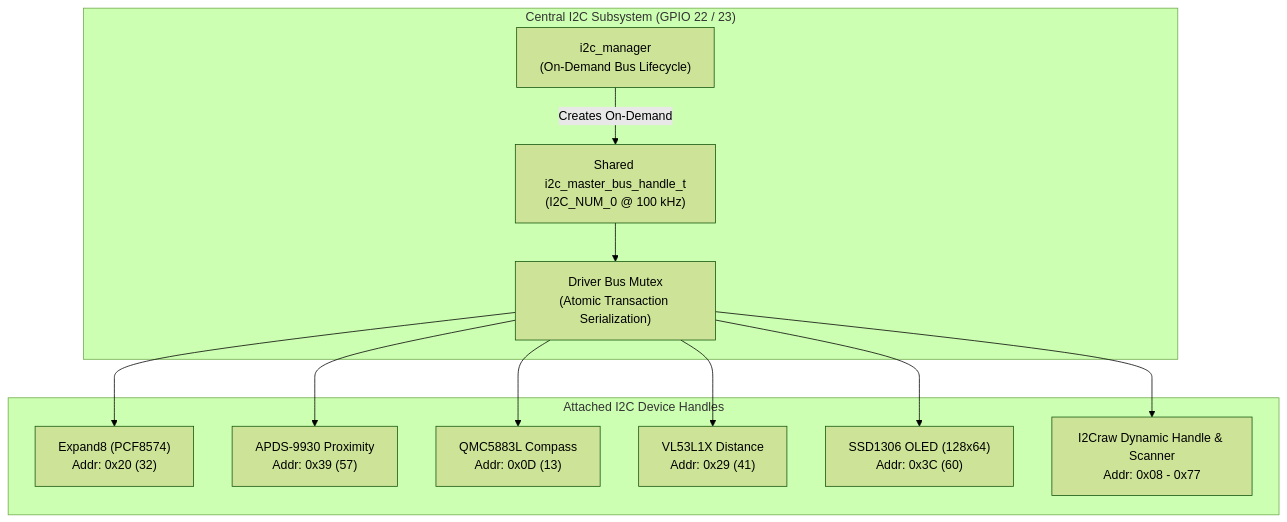
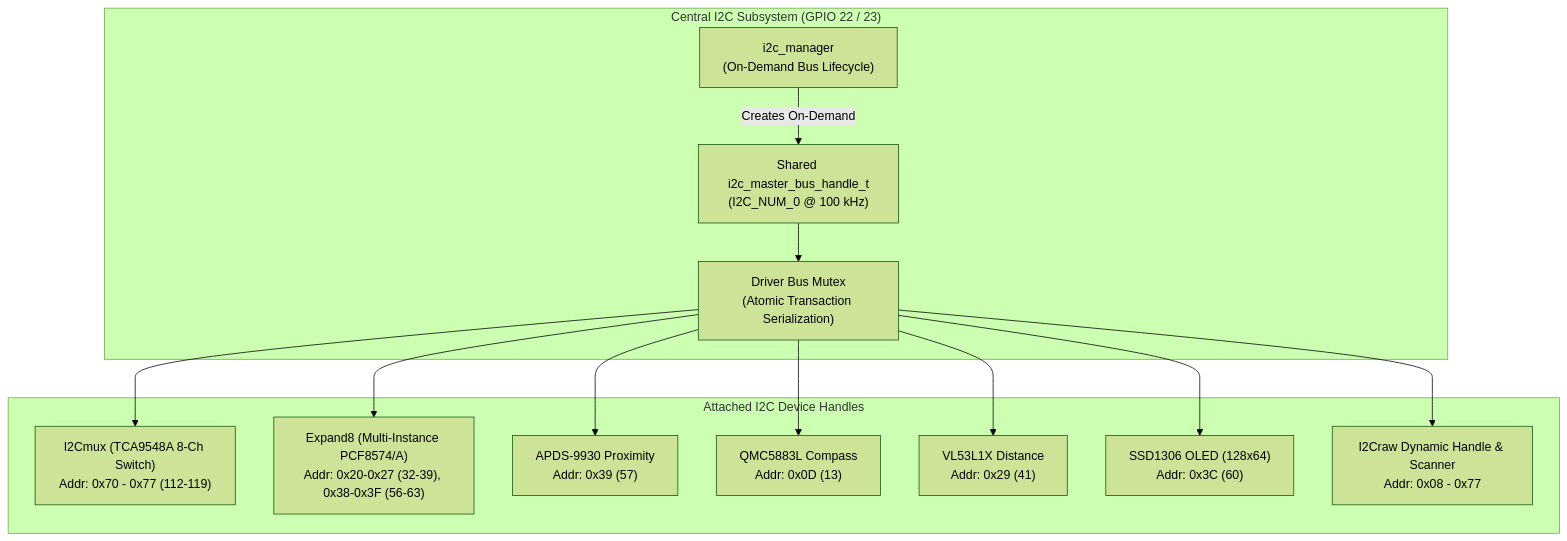
One commit to egapevets2/PNPzigbee changed the third of 7 diagrams in PNPzigbee_Architecture_and_Features.md. Above: the diagram before and after it, drawn with Mermaid (forest theme). The commit also changed other lines of this file and 29 other files, not shown here.

````diff
--- a/PNPzigbee_Architecture_and_Features.md
+++ b/PNPzigbee_Architecture_and_Features.md
@@ -207,26 +220,28 @@
 ```mermaid
 flowchart TD
     subgraph I2C_Subsystem ["Central I2C Subsystem (GPIO 22 / 23)"]
         MGR["i2c_manager\n(On-Demand Bus Lifecycle)"]
         BUS["Shared i2c_master_bus_handle_t\n(I2C_NUM_0 @ 100 kHz)"]
         MUTEX["Driver Bus Mutex\n(Atomic Transaction Serialization)"]
     end
 
     subgraph Peripherals ["Attached I2C Device Handles"]
-        DEV_EXP["Expand8 (PCF8574)\nAddr: 0x20 (32)"]
+        DEV_MUX["I2Cmux (TCA9548A 8-Ch Switch)\nAddr: 0x70 - 0x77 (112-119)"]
+        DEV_EXP["Expand8 (Multi-Instance PCF8574/A)\nAddr: 0x20-0x27 (32-39), 0x38-0x3F (56-63)"]
         DEV_APDS["APDS-9930 Proximity\nAddr: 0x39 (57)"]
         DEV_COMPASS["QMC5883L Compass\nAddr: 0x0D (13)"]
         DEV_VL["VL53L1X Distance\nAddr: 0x29 (41)"]
         DEV_OLED["SSD1306 OLED (128x64)\nAddr: 0x3C (60)"]
         DEV_RAW["I2Craw Dynamic Handle & Scanner\nAddr: 0x08 - 0x77"]
     end
 
     MGR --> |Creates On-Demand| BUS
     BUS --> MUTEX
+    MUTEX --> DEV_MUX
     MUTEX --> DEV_EXP
     MUTEX --> DEV_APDS
     MUTEX --> DEV_COMPASS
     MUTEX --> DEV_VL
     MUTEX --> DEV_OLED
     MUTEX --> DEV_RAW
 ```
````
